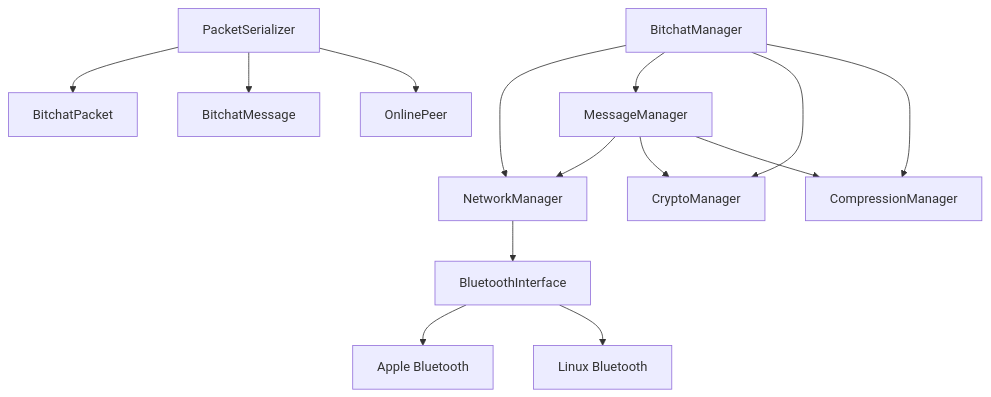
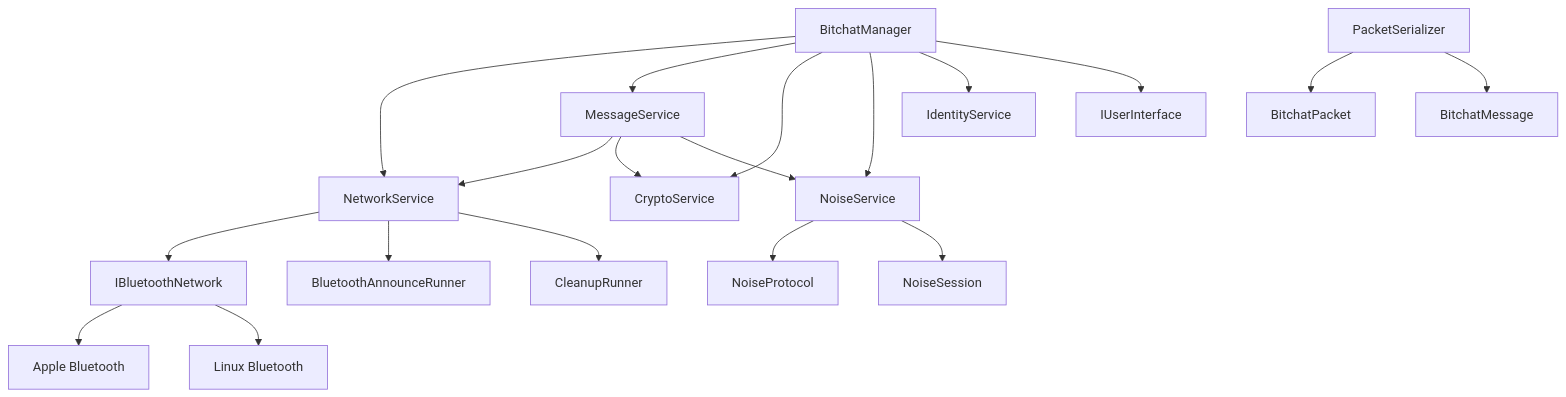
One commit to bitchatz/bitchatz-cpp changed the diagram in extras/docs/architecture.md. Above: the diagram before and after it, drawn with Mermaid. The commit also changed other lines of this file and 5 other files, not shown here.

````diff
--- a/extras/docs/architecture.md
+++ b/extras/docs/architecture.md
@@ -106,19 +213,26 @@
 ```mermaid
 graph TD
-    A[BitchatManager] --> B[NetworkManager]
-    A --> C[MessageManager]
-    A --> D[CryptoManager]
-    A --> E[CompressionManager]
+    A[BitchatManager] --> B[NetworkService]
+    A --> C[MessageService]
+    A --> D[CryptoService]
+    A --> E[NoiseService]
+    A --> F[IdentityService]
+    A --> G[IUserInterface]
 
-    B --> F[BluetoothInterface]
+    B --> H[IBluetoothNetwork]
+    B --> I[BluetoothAnnounceRunner]
+    B --> J[CleanupRunner]
+
     C --> B
     C --> D
     C --> E
 
-    F --> G[Apple Bluetooth]
-    F --> H[Linux Bluetooth]
+    E --> K[NoiseProtocol]
+    E --> L[NoiseSession]
 
-    I[PacketSerializer] --> J[BitchatPacket]
-    I --> K[BitchatMessage]
-    I --> L[OnlinePeer]
+    H --> M[Apple Bluetooth]
+    H --> N[Linux Bluetooth]
+
+    O[PacketSerializer] --> P[BitchatPacket]
+    O --> Q[BitchatMessage]
 ```
````
